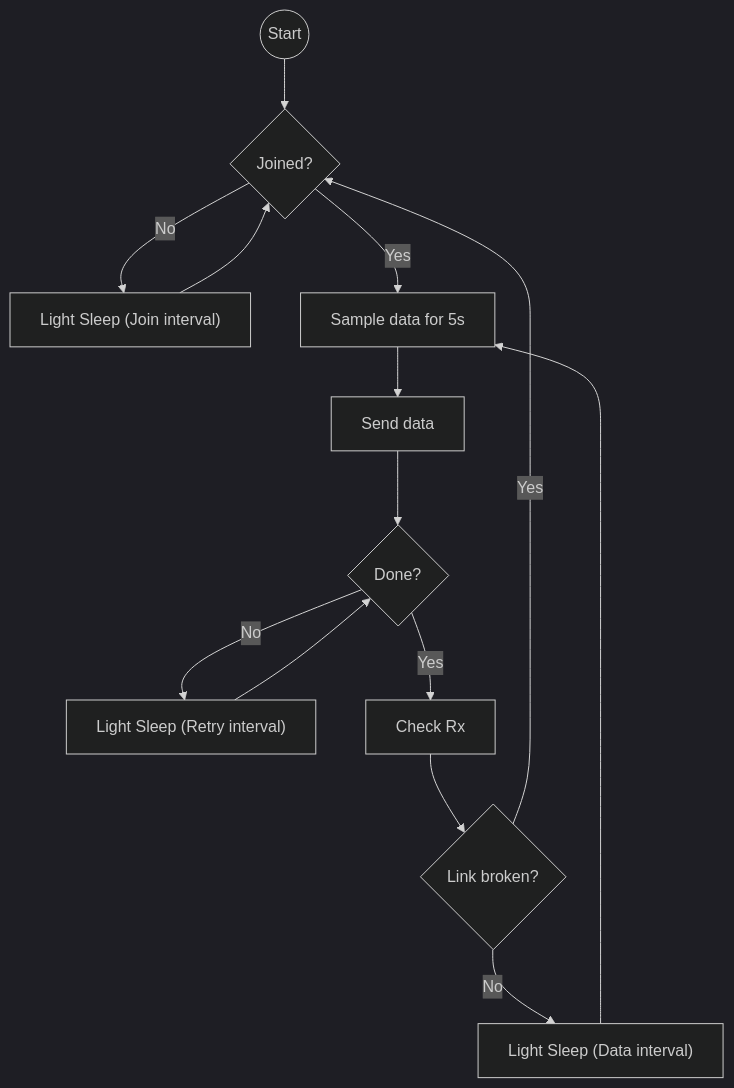
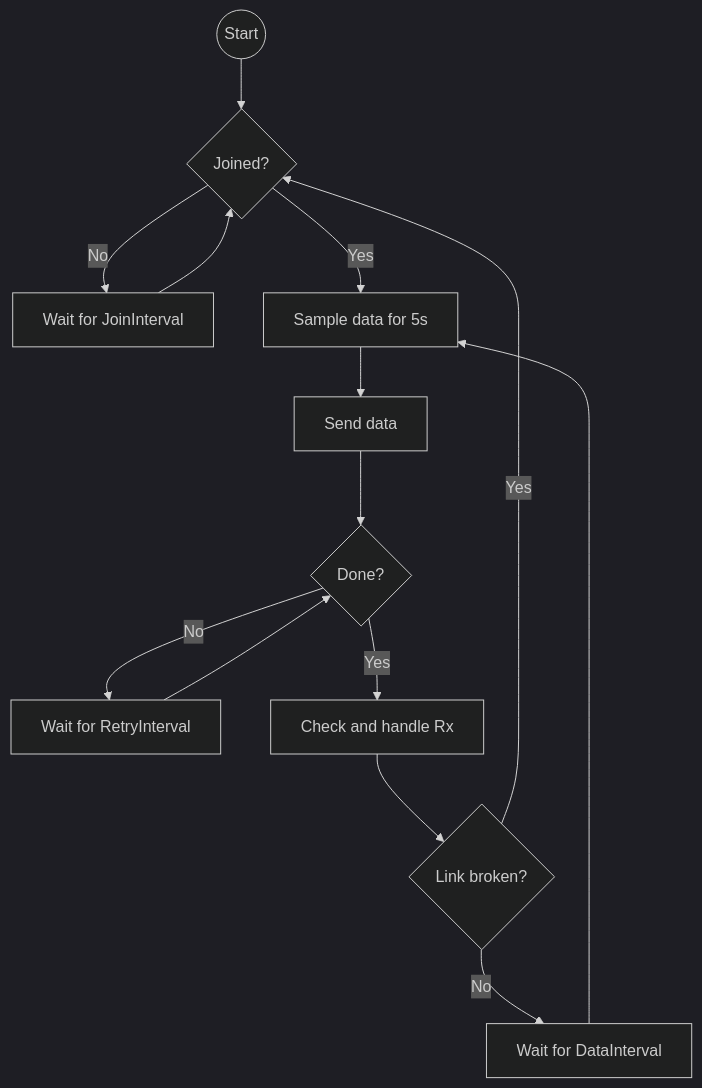
One commit to MatchX-GmbH/X2E-Reference-Sensor-FW changed the diagram in demo_controls/README.md. Above: the diagram before and after it, drawn with Mermaid (dark theme). The commit also changed other lines of this file and 6 other files, not shown here.

````diff
--- a/demo_controls/README.md
+++ b/demo_controls/README.md
@@ -32,17 +32,17 @@
 ```mermaid
 flowchart TD
 	Start((Start))-->IsJoined{Joined?}
-	IsJoined-- No -->JoinSleep["Light Sleep (Join interval)"]
+	IsJoined-- No -->JoinSleep["Wait for JoinInterval"]
 	JoinSleep-->IsJoined
 	IsJoined-- Yes -->SampleData[Sample data for 5s]
 	SampleData-->SendData[Send data]
 	SendData-->IsSendDone{Done?}
-	IsSendDone-- No -->SendDataSleep["Light Sleep (Retry interval)"]
+	IsSendDone-- No -->SendDataSleep["Wait for RetryInterval"]
 	SendDataSleep-->IsSendDone
-	IsSendDone-- Yes -->CheckRx[Check Rx]
+	IsSendDone-- Yes -->CheckRx[Check and handle Rx]
 	CheckRx-->CheckLink{"Link broken?"}
 	CheckLink-- Yes --> IsJoined
-	CheckLink-- No -->IntervalSleep["Light Sleep (Data interval)"]
+	CheckLink-- No -->IntervalSleep["Wait for DataInterval"]
 	IntervalSleep-->SampleData
 	
 ```
````
